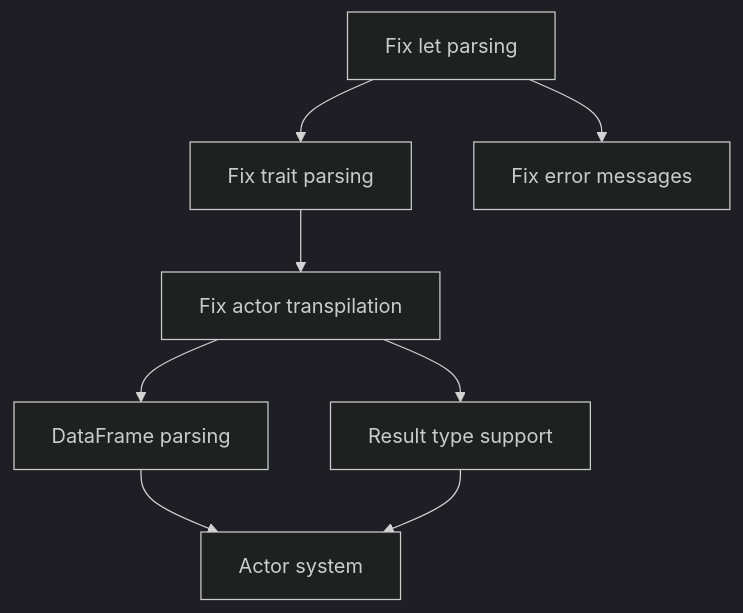
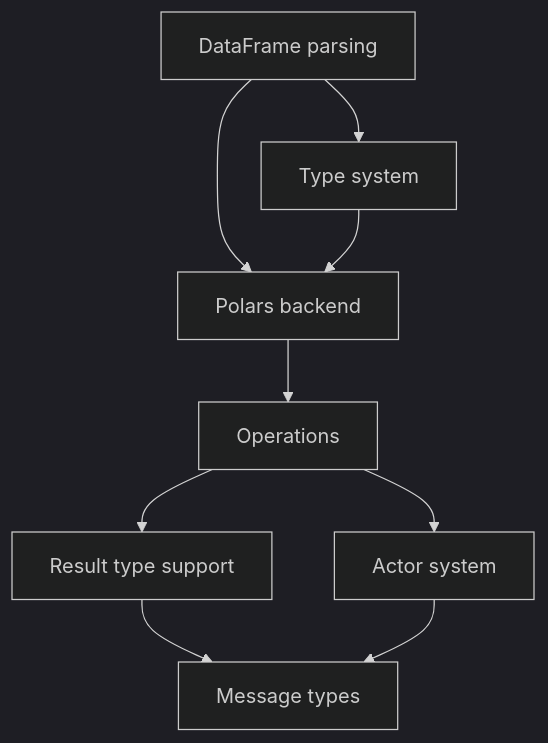
One commit to paiml/ruchy changed the diagram in docs/execution/roadmap.md. Above: the diagram before and after it, drawn with Mermaid (dark theme). The commit also changed other lines of this file and 1 other file, not shown here.

First line of the commit message:
docs: Prepare for DataFrame Support sprint (DF-P2)

````diff
--- a/docs/execution/roadmap.md
+++ b/docs/execution/roadmap.md
@@ -46,12 +67,13 @@
 ```mermaid
 graph TD
-    QA-P1-001[Fix let parsing] --> QA-P1-002[Fix trait parsing]
-    QA-P1-001 --> QA-P1-004[Fix error messages]
-    QA-P1-002 --> QA-P1-003[Fix actor transpilation]
+    DF-P2-001[DataFrame parsing] --> DF-P2-002[Type system]
+    DF-P2-001 --> DF-P2-003[Polars backend]
+    DF-P2-002 --> DF-P2-003
+    DF-P2-003 --> DF-P2-004[Operations]
     
-    QA-P1-003 --> DF-P2-001[DataFrame parsing]
-    QA-P1-003 --> RT-P3-001[Result type support]
+    DF-P2-004 --> RT-P3-001[Result type support]
+    DF-P2-004 --> AC-P4-001[Actor system]
     
-    DF-P2-001 --> AC-P4-001[Actor system]
-    RT-P3-001 --> AC-P4-001
+    RT-P3-001 --> AC-P4-002[Message types]
+    AC-P4-001 --> AC-P4-002
 ```
````
